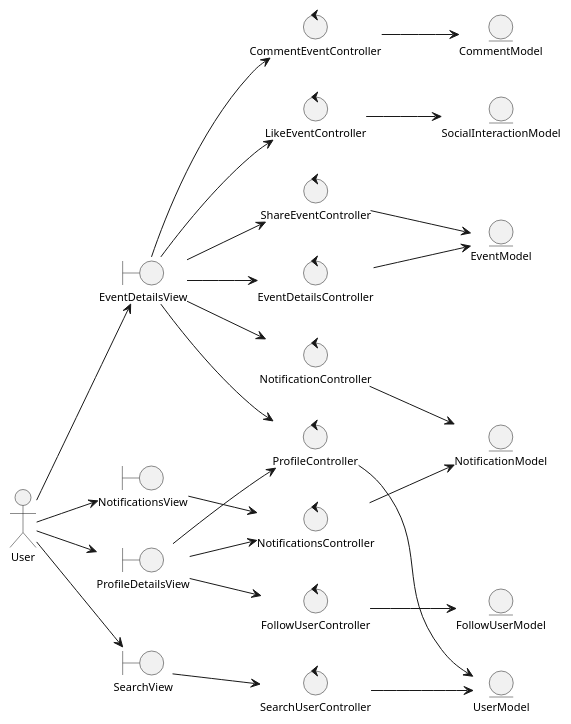
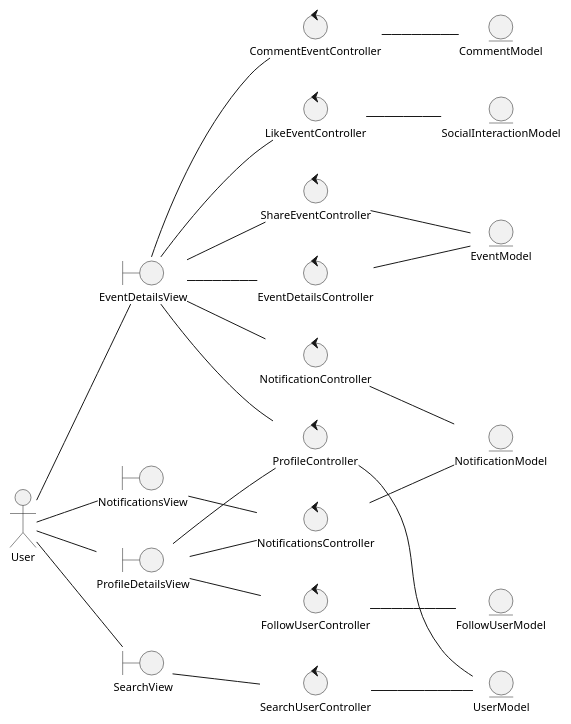
The diagram in Análisis/Clases de Análisis/analysisClassDiagramSocialInteractions.plantuml (valeraruggierotesisucv/tesis-frameworks-mobile-diagrams), drawn with PlantUML before and after one commit. The commit also changed 20 other files, not shown here.

Commit message:
diagrama de traza + diagrama de secuencia + correcciones de maria paula

```diff
--- a/Análisis/Clases de Análisis/analysisClassDiagramSocialInteractions.plantuml
+++ b/Análisis/Clases de Análisis/analysisClassDiagramSocialInteractions.plantuml
@@ -1,61 +1,61 @@
 @startuml analysisClassDiagramSocialInteractions
 skinparam style strictuml
 left to right direction
 skinparam defaultTextAlignment center
 skinparam defaultFontSize 11
 
 actor "User" as user
 
 entity "UserModel" as userModel
 entity "EventModel" as eventModel
 entity "SocialInteractionModel" as socialInteractionModel
 entity "CommentModel" as commentModel
 entity "FollowUserModel" as followUserModel
 entity "NotificationModel" as notificationModel
 entity "NotificationModel" as notificationModel
 
 boundary "EventDetailsView" as eventDetailsView
 boundary "ProfileDetailsView" as profileDetailsView
 boundary "NotificationsView" as notificationsView
 boundary "SearchView" as searchView
 
 control "CommentEventController" as commentEventController
 control "LikeEventController" as likeEventController
 control "ShareEventController" as shareEventController
 control "FollowUserController" as followUserController
 control "NotificationsController" as notificationsController
 control "EventDetailsController" as eventDetailsController
 control "ProfileController" as profileController
 control "SearchUserController" as searchUserController
 control "NotificationController" as notificationController
 
-user --> eventDetailsView
-user --> profileDetailsView
-user --> notificationsView
-user --> searchView
+user -- eventDetailsView
+user -- profileDetailsView
+user -- notificationsView
+user -- searchView
 
-eventDetailsView --> eventDetailsController
-eventDetailsView --> commentEventController
-eventDetailsView --> likeEventController
-eventDetailsView --> shareEventController
-eventDetailsView --> profileController
-eventDetailsView --> notificationController
+eventDetailsView -- eventDetailsController
+eventDetailsView -- commentEventController
+eventDetailsView -- likeEventController
+eventDetailsView -- shareEventController
+eventDetailsView -- profileController
+eventDetailsView -- notificationController
 
-profileDetailsView --> followUserController
-profileDetailsView --> notificationsController
-notificationsView --> notificationsController
-searchView --> searchUserController
-profileDetailsView --> profileController
+profileDetailsView -- followUserController
+profileDetailsView -- notificationsController
+notificationsView -- notificationsController
+searchView -- searchUserController
+profileDetailsView -- profileController
 
 
-profileController --> userModel
-eventDetailsController --> eventModel
-commentEventController --> commentModel
-likeEventController --> socialInteractionModel
-shareEventController --> eventModel
-followUserController --> followUserModel
-notificationsController --> notificationModel
-searchUserController --> userModel
-notificationController --> notificationModel
+profileController -- userModel
+eventDetailsController -- eventModel
+commentEventController -- commentModel
+likeEventController -- socialInteractionModel
+shareEventController -- eventModel
+followUserController -- followUserModel
+notificationsController -- notificationModel
+searchUserController -- userModel
+notificationController -- notificationModel
 
 @enduml
```
